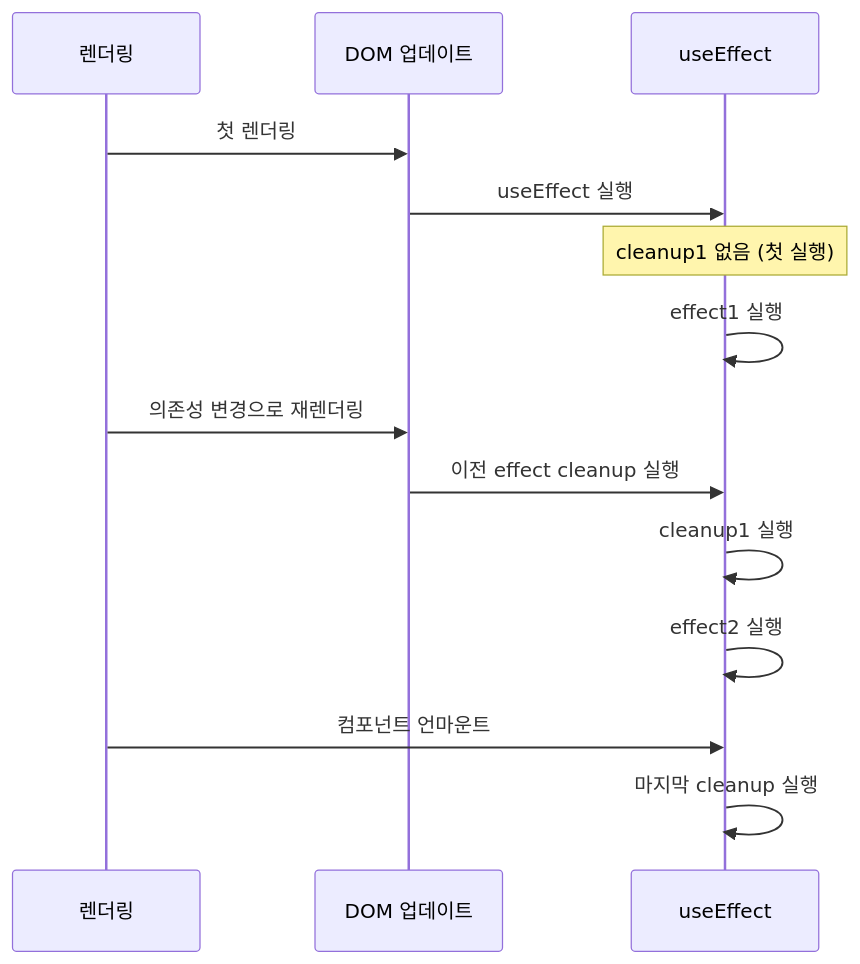
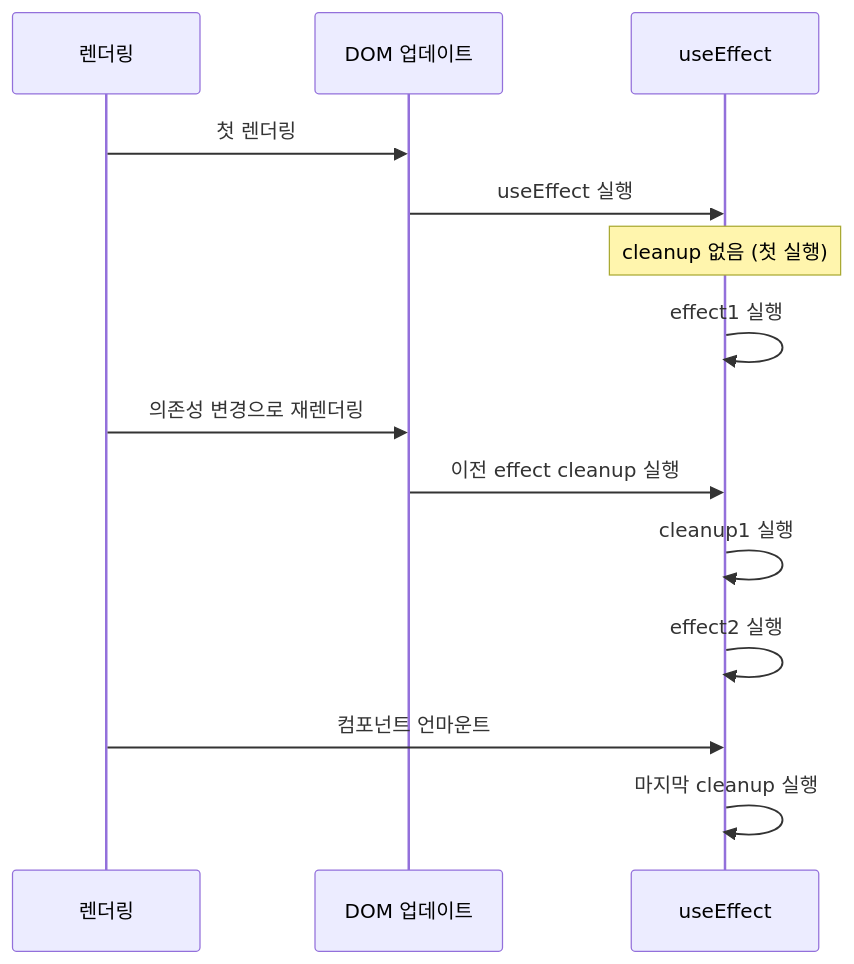
The second of 6 diagrams in _posts/frontend/2026-05-02-react-hooks.md (yjkim2015/yjkim2015.github.io), drawn with Mermaid before and after one commit. The commit also changed other lines of this file and 122 other files, not shown here.

````diff
--- a/_posts/frontend/2026-05-02-react-hooks.md
+++ b/_posts/frontend/2026-05-02-react-hooks.md
@@ -104,19 +109,19 @@
 ```mermaid
 sequenceDiagram
     participant RENDER as 렌더링
     participant DOM as DOM 업데이트
     participant EFFECT as useEffect
 
     RENDER->>DOM: 첫 렌더링
     DOM->>EFFECT: useEffect 실행
-    Note over EFFECT: cleanup1 없음 (첫 실행)
+    Note over EFFECT: cleanup 없음 (첫 실행)
     EFFECT->>EFFECT: effect1 실행
 
     RENDER->>DOM: 의존성 변경으로 재렌더링
     DOM->>EFFECT: 이전 effect cleanup 실행
     EFFECT->>EFFECT: cleanup1 실행
     EFFECT->>EFFECT: effect2 실행
 
     RENDER->>EFFECT: 컴포넌트 언마운트
     EFFECT->>EFFECT: 마지막 cleanup 실행
 ```
````
